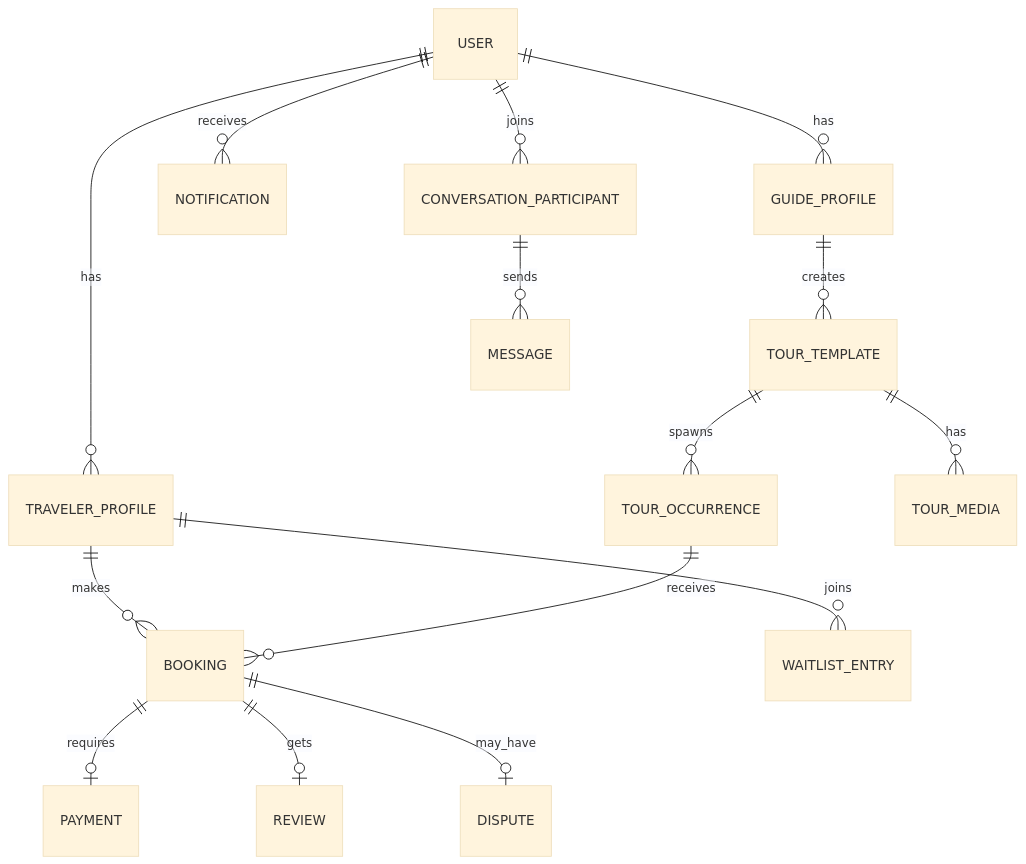
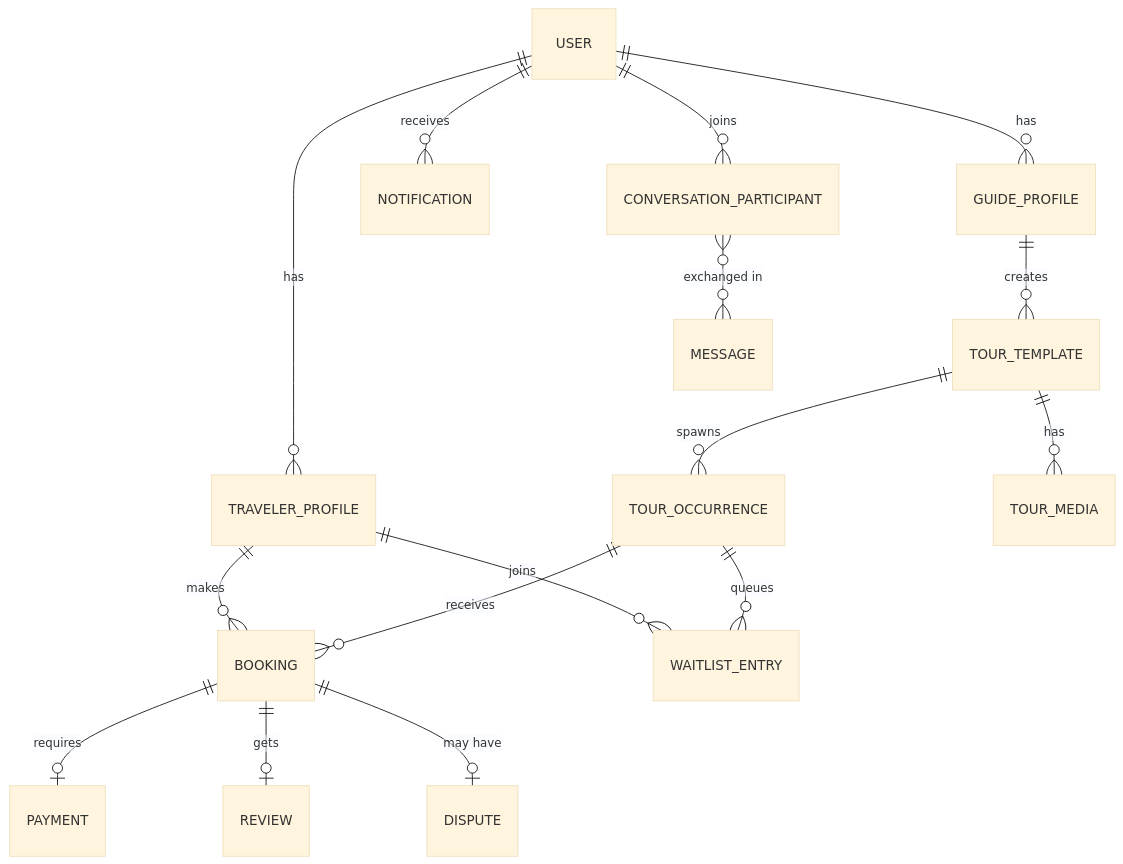
The fourth of 6 diagrams in docs/ARCHITECTURE.md (momaarouf/Graduation-Project), drawn with Mermaid (base theme) before and after one commit. The commit also changed other lines of this file and 1 other file, not shown here.

First line of the commit message:
docs: refine architecture diagrams and concurrency flow

````diff
--- a/docs/ARCHITECTURE.md
+++ b/docs/ARCHITECTURE.md
@@ -102,21 +100,22 @@
 ```mermaid
 erDiagram
-    USER ||--o{ TRAVELER_PROFILE : has
-    USER ||--o{ GUIDE_PROFILE : has
+    USER ||--o{ TRAVELER_PROFILE : "has"
+    USER ||--o{ GUIDE_PROFILE : "has"
 
-    GUIDE_PROFILE ||--o{ TOUR_TEMPLATE : creates
-    TOUR_TEMPLATE ||--o{ TOUR_OCCURRENCE : spawns
-    TOUR_TEMPLATE ||--o{ TOUR_MEDIA : has
+    GUIDE_PROFILE ||--o{ TOUR_TEMPLATE : "creates"
+    TOUR_TEMPLATE ||--o{ TOUR_OCCURRENCE : "spawns"
+    TOUR_TEMPLATE ||--o{ TOUR_MEDIA : "has"
 
-    TRAVELER_PROFILE ||--o{ BOOKING : makes
-    TOUR_OCCURRENCE ||--o{ BOOKING : receives
-    TRAVELER_PROFILE ||--o{ WAITLIST_ENTRY : joins
+    TRAVELER_PROFILE ||--o{ BOOKING : "makes"
+    TOUR_OCCURRENCE ||--o{ BOOKING : "receives"
+    TRAVELER_PROFILE ||--o{ WAITLIST_ENTRY : "joins"
+    TOUR_OCCURRENCE ||--o{ WAITLIST_ENTRY : "queues"
 
-    BOOKING ||--o| PAYMENT : requires
-    BOOKING ||--o| REVIEW : gets
-    BOOKING ||--o| DISPUTE : may_have
+    BOOKING ||--o| PAYMENT : "requires"
+    BOOKING ||--o| REVIEW : "gets"
+    BOOKING ||--o| DISPUTE : "may have"
 
-    USER ||--o{ NOTIFICATION : receives
-    USER ||--o{ CONVERSATION_PARTICIPANT : joins
-    CONVERSATION_PARTICIPANT ||--o{ MESSAGE : sends
+    USER ||--o{ NOTIFICATION : "receives"
+    USER ||--o{ CONVERSATION_PARTICIPANT : "joins"
+    CONVERSATION_PARTICIPANT }o--o{ MESSAGE : "exchanged in"
 ```
````
